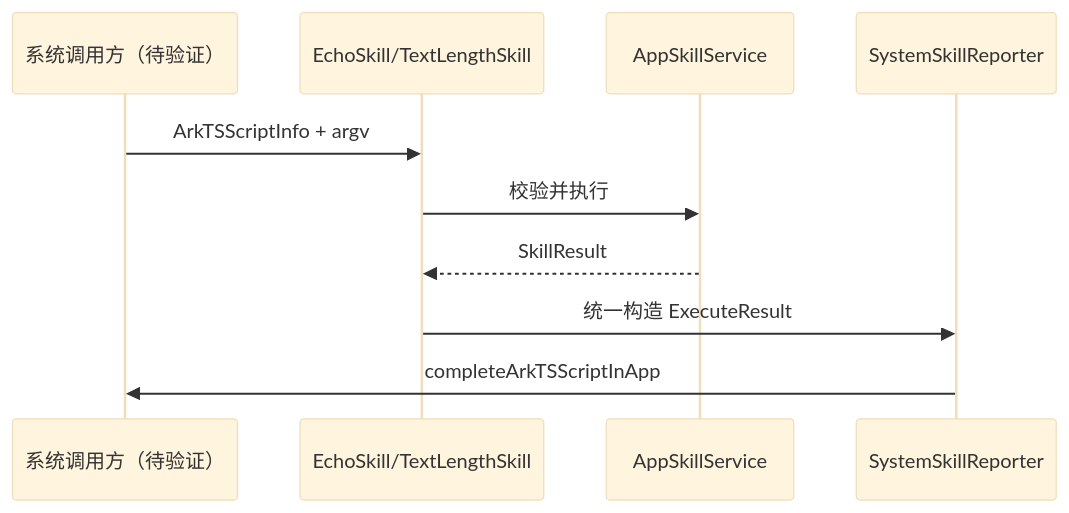
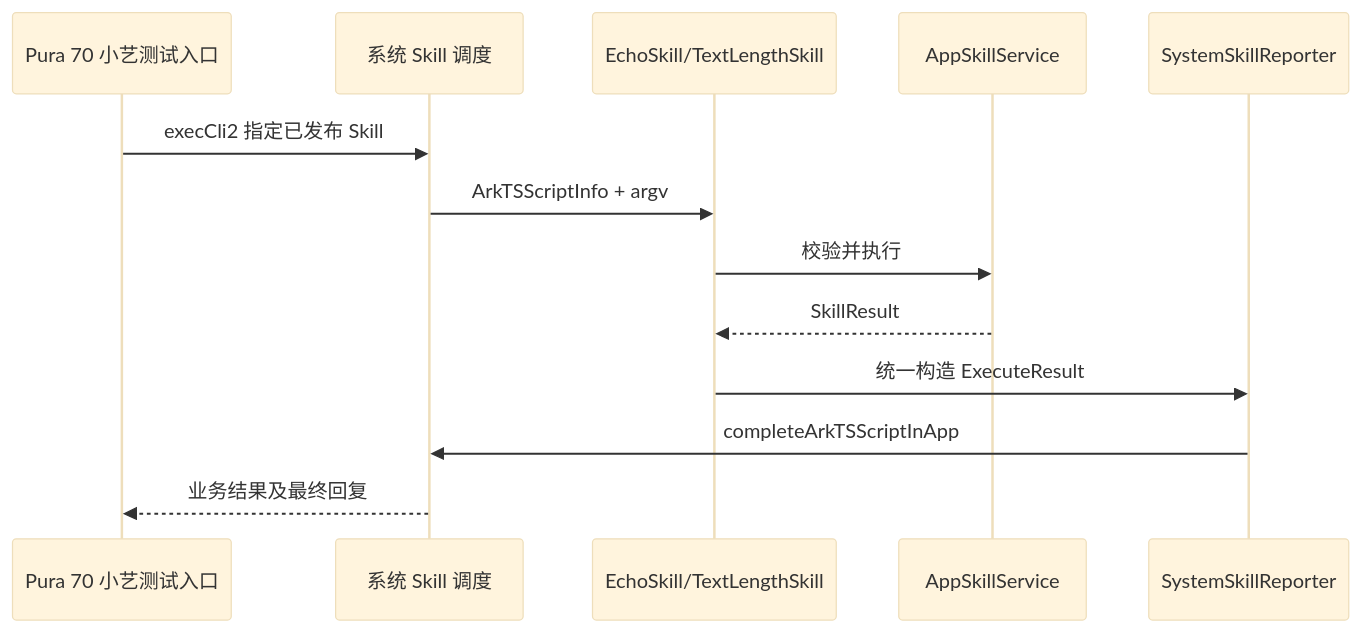
The second of 4 diagrams in docs/architecture.md (yaorz26/skill-for-harmony-G1-M1), drawn with Mermaid (base theme) before and after one commit. The commit also changed other lines of this file and 123 other files, not shown here.

````diff
--- a/docs/architecture.md
+++ b/docs/architecture.md
@@ -26,12 +28,15 @@
 ```mermaid
 sequenceDiagram
-    participant Caller as 系统调用方（待验证）
+    participant Caller as Pura 70 小艺测试入口
+    participant System as 系统 Skill 调度
     participant Entry as EchoSkill/TextLengthSkill
     participant Business as AppSkillService
     participant Reporter as SystemSkillReporter
-    Caller->>Entry: ArkTSScriptInfo + argv
+    Caller->>System: execCli2 指定已发布 Skill
+    System->>Entry: ArkTSScriptInfo + argv
     Entry->>Business: 校验并执行
     Business-->>Entry: SkillResult
     Entry->>Reporter: 统一构造 ExecuteResult
-    Reporter->>Caller: completeArkTSScriptInApp
+    Reporter->>System: completeArkTSScriptInApp
+    System-->>Caller: 业务结果及最终回复
 ```
````
